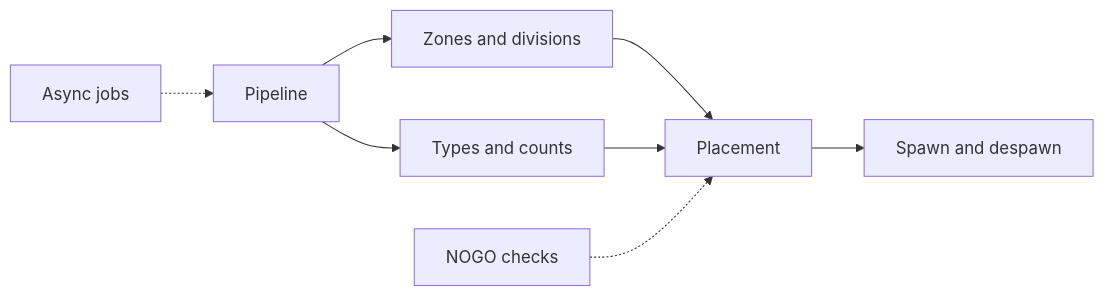
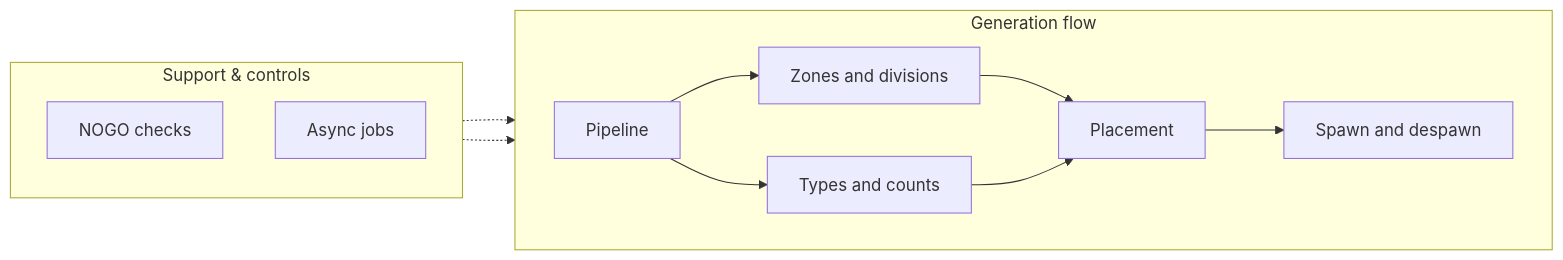
The first of 2 diagrams in docs/spawner/README.md (Gh0st352/AETHR), drawn with Mermaid before and after one commit. The commit also changed other lines of this file and 9 other files, not shown here.

First line of the commit message:
docs(spawner, mermaid): restructure diagrams and clarify headings

````diff
--- a/docs/spawner/README.md
+++ b/docs/spawner/README.md
@@ -16,10 +16,20 @@
 ```mermaid
+%% shared theme: docs/_mermaid/theme.json %%
 flowchart LR
-  P[Pipeline] --> Z[Zones and divisions]
-  P --> T[Types and counts]
-  Z --> L[Placement]
-  T --> L
-  L --> S[Spawn and despawn]
-  N[NOGO checks] -.-> L
-  A[Async jobs] -.-> P
+  subgraph "Generation flow"
+    direction LR
+    P[Pipeline] --> Z[Zones and divisions]
+    P --> T[Types and counts]
+    Z --> L[Placement]
+    T --> L
+    L --> S[Spawn and despawn]
+  end
+
+  subgraph "Support & controls"
+    direction TB
+    N[NOGO checks] -.-> L
+    A[Async jobs] -.-> P
+  end
+
+  class P,Z,L,T,S,A,N class_step;
 ```
````
